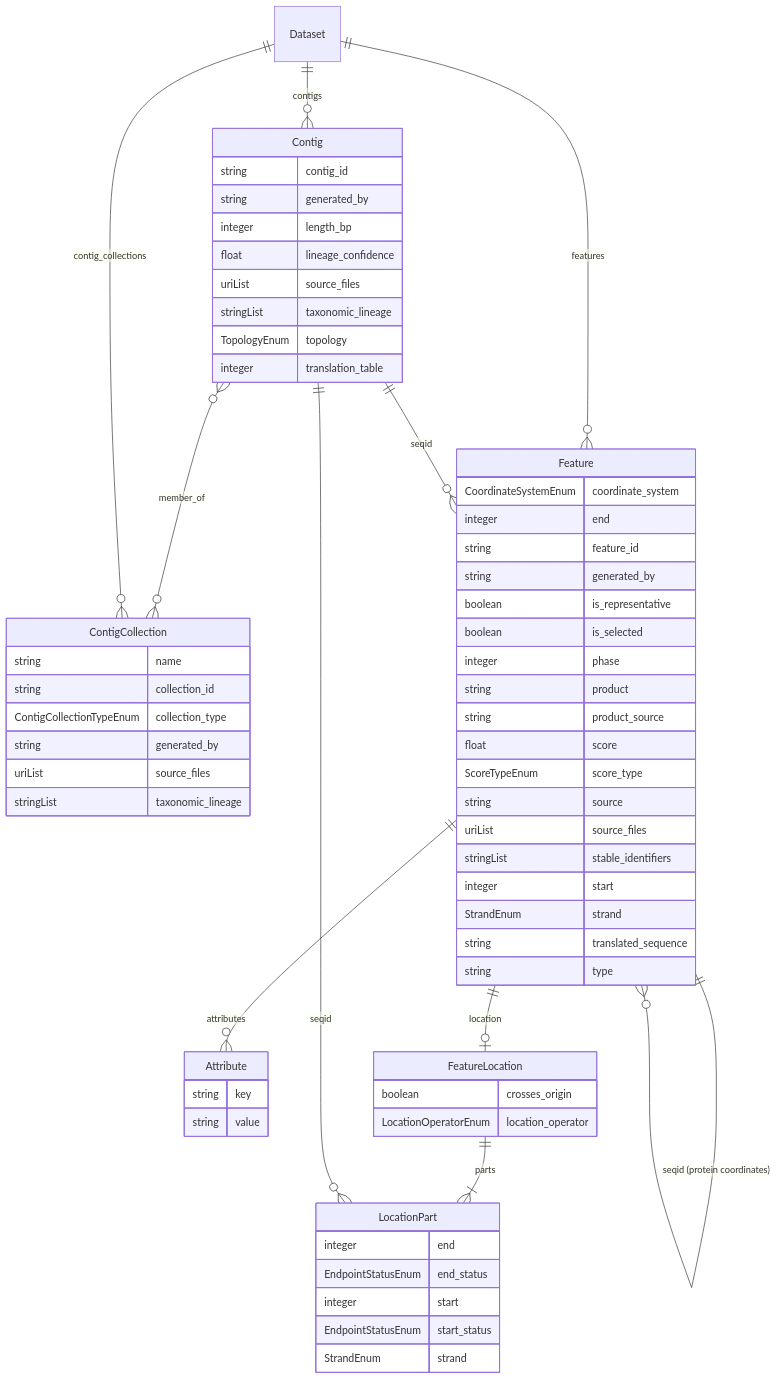
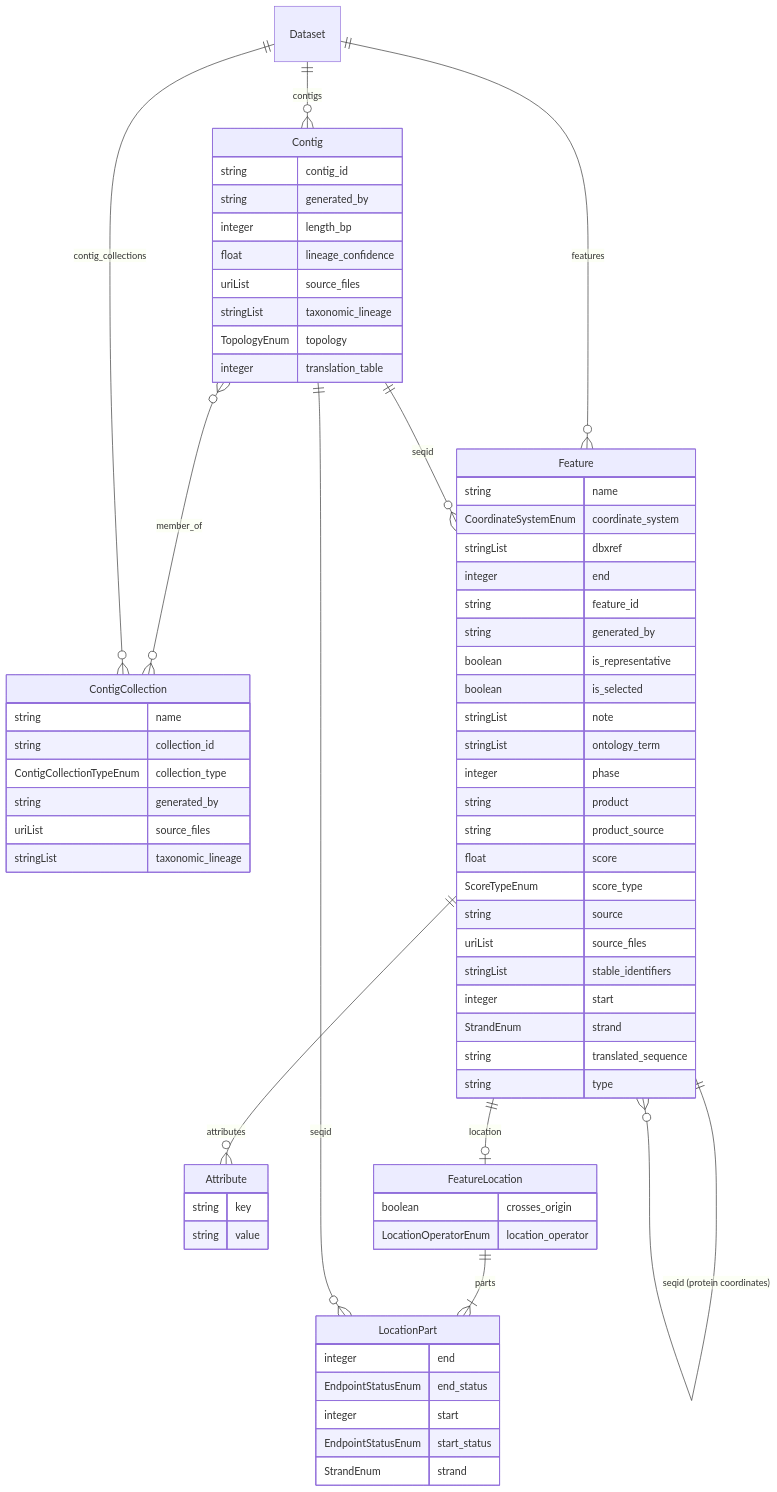
Before and after one commit to turbomam/feature-table-corpus: the diagram in docs/schema-diagram.md, drawn with Mermaid. The commit also changed 27 other files, not shown here.

First line of the commit message:
Give the GFF3 reserved tags Name, Note, Dbxref and Ontology_term typed slots

````diff
--- a/docs/schema-diagram.md
+++ b/docs/schema-diagram.md
@@ -9,71 +9,75 @@
 ```mermaid
 erDiagram
 Attribute {
     string key
     string value
 }
 Contig {
     string contig_id
     string generated_by
     integer length_bp
     float lineage_confidence
     uriList source_files
     stringList taxonomic_lineage
     TopologyEnum topology
     integer translation_table
 }
 ContigCollection {
     string name
     string collection_id
     ContigCollectionTypeEnum collection_type
     string generated_by
     uriList source_files
     stringList taxonomic_lineage
 }
 Dataset {
 
 }
 Feature {
+    string name
     CoordinateSystemEnum coordinate_system
+    stringList dbxref
     integer end
     string feature_id
     string generated_by
     boolean is_representative
     boolean is_selected
+    stringList note
+    stringList ontology_term
     integer phase
     string product
     string product_source
     float score
     ScoreTypeEnum score_type
     string source
     uriList source_files
     stringList stable_identifiers
     integer start
     StrandEnum strand
     string translated_sequence
     string type
 }
 FeatureLocation {
     boolean crosses_origin
     LocationOperatorEnum location_operator
 }
 LocationPart {
     integer end
     EndpointStatusEnum end_status
     integer start
     EndpointStatusEnum start_status
     StrandEnum strand
 }
 
 Contig }o--o{ ContigCollection : "member_of"
 Dataset ||--o{ Contig : "contigs"
 Dataset ||--o{ ContigCollection : "contig_collections"
 Dataset ||--o{ Feature : "features"
 Feature ||--o| FeatureLocation : "location"
 Feature ||--o{ Attribute : "attributes"
 Feature }o--o{ Feature : "parent"
 Contig ||--o{ Feature : "seqid"
 Feature ||--o{ Feature : "seqid (protein coordinates)"
 FeatureLocation ||--|{ LocationPart : "parts"
 Contig ||--o{ LocationPart : "seqid"
 ```
````
